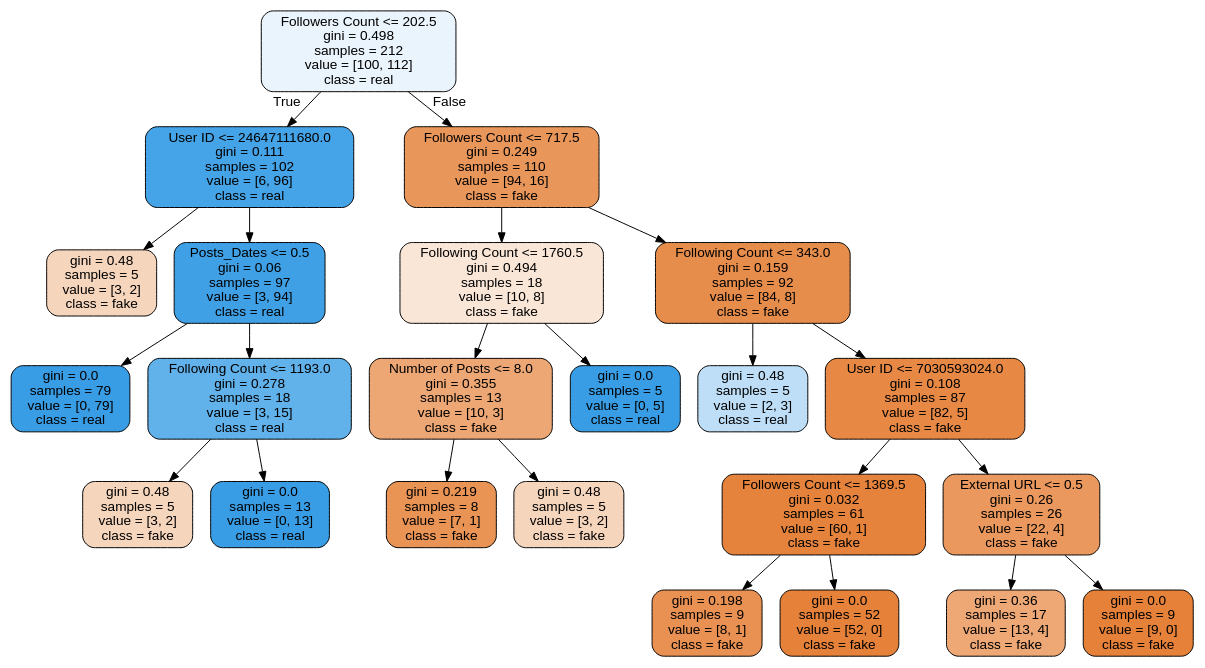
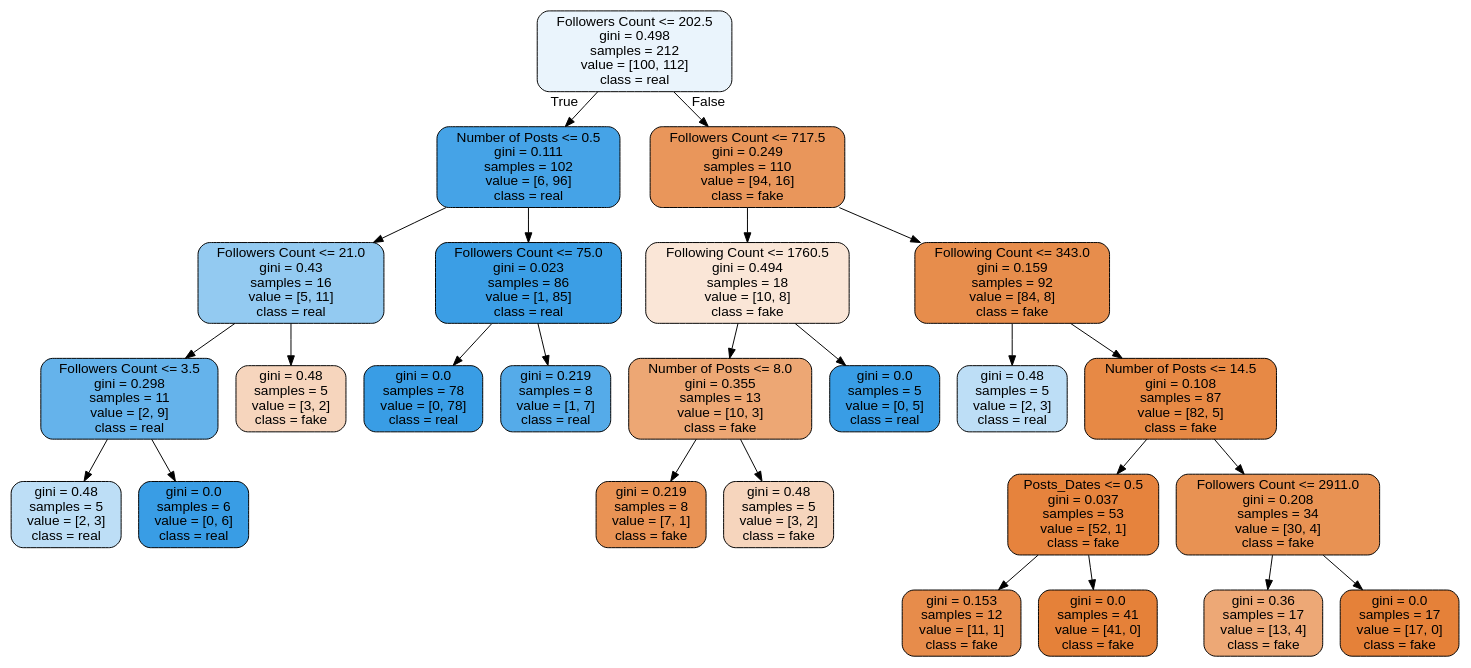
The diagram in bot-detect-insta.dot (ddollar00/BotDet), drawn with Graphviz before and after one commit. The commit also changed 5 other files, not shown here.

```diff
--- a/bot-detect-insta.dot
+++ b/bot-detect-insta.dot
@@ -1,49 +1,53 @@
 digraph Tree {
 node [shape=box, style="filled, rounded", color="black", fontname="helvetica"] ;
 edge [fontname="helvetica"] ;
 0 [label="Followers Count <= 202.5\ngini = 0.498\nsamples = 212\nvalue = [100, 112]\nclass = real", fillcolor="#eaf4fc"] ;
-1 [label="User ID <= 24647111680.0\ngini = 0.111\nsamples = 102\nvalue = [6, 96]\nclass = real", fillcolor="#45a3e7"] ;
+1 [label="Number of Posts <= 0.5\ngini = 0.111\nsamples = 102\nvalue = [6, 96]\nclass = real", fillcolor="#45a3e7"] ;
 0 -> 1 [labeldistance=2.5, labelangle=45, headlabel="True"] ;
-2 [label="gini = 0.48\nsamples = 5\nvalue = [3, 2]\nclass = fake", fillcolor="#f6d5bd"] ;
+2 [label="Followers Count <= 21.0\ngini = 0.43\nsamples = 16\nvalue = [5, 11]\nclass = real", fillcolor="#93caf1"] ;
 1 -> 2 ;
-3 [label="Posts_Dates <= 0.5\ngini = 0.06\nsamples = 97\nvalue = [3, 94]\nclass = real", fillcolor="#3fa0e6"] ;
-1 -> 3 ;
-4 [label="gini = 0.0\nsamples = 79\nvalue = [0, 79]\nclass = real", fillcolor="#399de5"] ;
+3 [label="Followers Count <= 3.5\ngini = 0.298\nsamples = 11\nvalue = [2, 9]\nclass = real", fillcolor="#65b3eb"] ;
+2 -> 3 ;
+4 [label="gini = 0.48\nsamples = 5\nvalue = [2, 3]\nclass = real", fillcolor="#bddef6"] ;
 3 -> 4 ;
-5 [label="Following Count <= 1193.0\ngini = 0.278\nsamples = 18\nvalue = [3, 15]\nclass = real", fillcolor="#61b1ea"] ;
+5 [label="gini = 0.0\nsamples = 6\nvalue = [0, 6]\nclass = real", fillcolor="#399de5"] ;
 3 -> 5 ;
 6 [label="gini = 0.48\nsamples = 5\nvalue = [3, 2]\nclass = fake", fillcolor="#f6d5bd"] ;
-5 -> 6 ;
-7 [label="gini = 0.0\nsamples = 13\nvalue = [0, 13]\nclass = real", fillcolor="#399de5"] ;
-5 -> 7 ;
-8 [label="Followers Count <= 717.5\ngini = 0.249\nsamples = 110\nvalue = [94, 16]\nclass = fake", fillcolor="#e9965b"] ;
-0 -> 8 [labeldistance=2.5, labelangle=-45, headlabel="False"] ;
-9 [label="Following Count <= 1760.5\ngini = 0.494\nsamples = 18\nvalue = [10, 8]\nclass = fake", fillcolor="#fae6d7"] ;
-8 -> 9 ;
-10 [label="Number of Posts <= 8.0\ngini = 0.355\nsamples = 13\nvalue = [10, 3]\nclass = fake", fillcolor="#eda774"] ;
-9 -> 10 ;
-11 [label="gini = 0.219\nsamples = 8\nvalue = [7, 1]\nclass = fake", fillcolor="#e99355"] ;
+2 -> 6 ;
+7 [label="Followers Count <= 75.0\ngini = 0.023\nsamples = 86\nvalue = [1, 85]\nclass = real", fillcolor="#3b9ee5"] ;
+1 -> 7 ;
+8 [label="gini = 0.0\nsamples = 78\nvalue = [0, 78]\nclass = real", fillcolor="#399de5"] ;
+7 -> 8 ;
+9 [label="gini = 0.219\nsamples = 8\nvalue = [1, 7]\nclass = real", fillcolor="#55abe9"] ;
+7 -> 9 ;
+10 [label="Followers Count <= 717.5\ngini = 0.249\nsamples = 110\nvalue = [94, 16]\nclass = fake", fillcolor="#e9965b"] ;
+0 -> 10 [labeldistance=2.5, labelangle=-45, headlabel="False"] ;
+11 [label="Following Count <= 1760.5\ngini = 0.494\nsamples = 18\nvalue = [10, 8]\nclass = fake", fillcolor="#fae6d7"] ;
 10 -> 11 ;
-12 [label="gini = 0.48\nsamples = 5\nvalue = [3, 2]\nclass = fake", fillcolor="#f6d5bd"] ;
-10 -> 12 ;
-13 [label="gini = 0.0\nsamples = 5\nvalue = [0, 5]\nclass = real", fillcolor="#399de5"] ;
-9 -> 13 ;
-14 [label="Following Count <= 343.0\ngini = 0.159\nsamples = 92\nvalue = [84, 8]\nclass = fake", fillcolor="#e78d4c"] ;
-8 -> 14 ;
-15 [label="gini = 0.48\nsamples = 5\nvalue = [2, 3]\nclass = real", fillcolor="#bddef6"] ;
-14 -> 15 ;
-16 [label="User ID <= 7030593024.0\ngini = 0.108\nsamples = 87\nvalue = [82, 5]\nclass = fake", fillcolor="#e78945"] ;
-14 -> 16 ;
-17 [label="Followers Count <= 1369.5\ngini = 0.032\nsamples = 61\nvalue = [60, 1]\nclass = fake", fillcolor="#e5833c"] ;
+12 [label="Number of Posts <= 8.0\ngini = 0.355\nsamples = 13\nvalue = [10, 3]\nclass = fake", fillcolor="#eda774"] ;
+11 -> 12 ;
+13 [label="gini = 0.219\nsamples = 8\nvalue = [7, 1]\nclass = fake", fillcolor="#e99355"] ;
+12 -> 13 ;
+14 [label="gini = 0.48\nsamples = 5\nvalue = [3, 2]\nclass = fake", fillcolor="#f6d5bd"] ;
+12 -> 14 ;
+15 [label="gini = 0.0\nsamples = 5\nvalue = [0, 5]\nclass = real", fillcolor="#399de5"] ;
+11 -> 15 ;
+16 [label="Following Count <= 343.0\ngini = 0.159\nsamples = 92\nvalue = [84, 8]\nclass = fake", fillcolor="#e78d4c"] ;
+10 -> 16 ;
+17 [label="gini = 0.48\nsamples = 5\nvalue = [2, 3]\nclass = real", fillcolor="#bddef6"] ;
 16 -> 17 ;
-18 [label="gini = 0.198\nsamples = 9\nvalue = [8, 1]\nclass = fake", fillcolor="#e89152"] ;
-17 -> 18 ;
-19 [label="gini = 0.0\nsamples = 52\nvalue = [52, 0]\nclass = fake", fillcolor="#e58139"] ;
-17 -> 19 ;
-20 [label="External URL <= 0.5\ngini = 0.26\nsamples = 26\nvalue = [22, 4]\nclass = fake", fillcolor="#ea985d"] ;
-16 -> 20 ;
-21 [label="gini = 0.36\nsamples = 17\nvalue = [13, 4]\nclass = fake", fillcolor="#eda876"] ;
-20 -> 21 ;
-22 [label="gini = 0.0\nsamples = 9\nvalue = [9, 0]\nclass = fake", fillcolor="#e58139"] ;
-20 -> 22 ;
+18 [label="Number of Posts <= 14.5\ngini = 0.108\nsamples = 87\nvalue = [82, 5]\nclass = fake", fillcolor="#e78945"] ;
+16 -> 18 ;
+19 [label="Posts_Dates <= 0.5\ngini = 0.037\nsamples = 53\nvalue = [52, 1]\nclass = fake", fillcolor="#e6833d"] ;
+18 -> 19 ;
+20 [label="gini = 0.153\nsamples = 12\nvalue = [11, 1]\nclass = fake", fillcolor="#e78c4b"] ;
+19 -> 20 ;
+21 [label="gini = 0.0\nsamples = 41\nvalue = [41, 0]\nclass = fake", fillcolor="#e58139"] ;
+19 -> 21 ;
+22 [label="Followers Count <= 2911.0\ngini = 0.208\nsamples = 34\nvalue = [30, 4]\nclass = fake", fillcolor="#e89253"] ;
+18 -> 22 ;
+23 [label="gini = 0.36\nsamples = 17\nvalue = [13, 4]\nclass = fake", fillcolor="#eda876"] ;
+22 -> 23 ;
+24 [label="gini = 0.0\nsamples = 17\nvalue = [17, 0]\nclass = fake", fillcolor="#e58139"] ;
+22 -> 24 ;
 }
```
